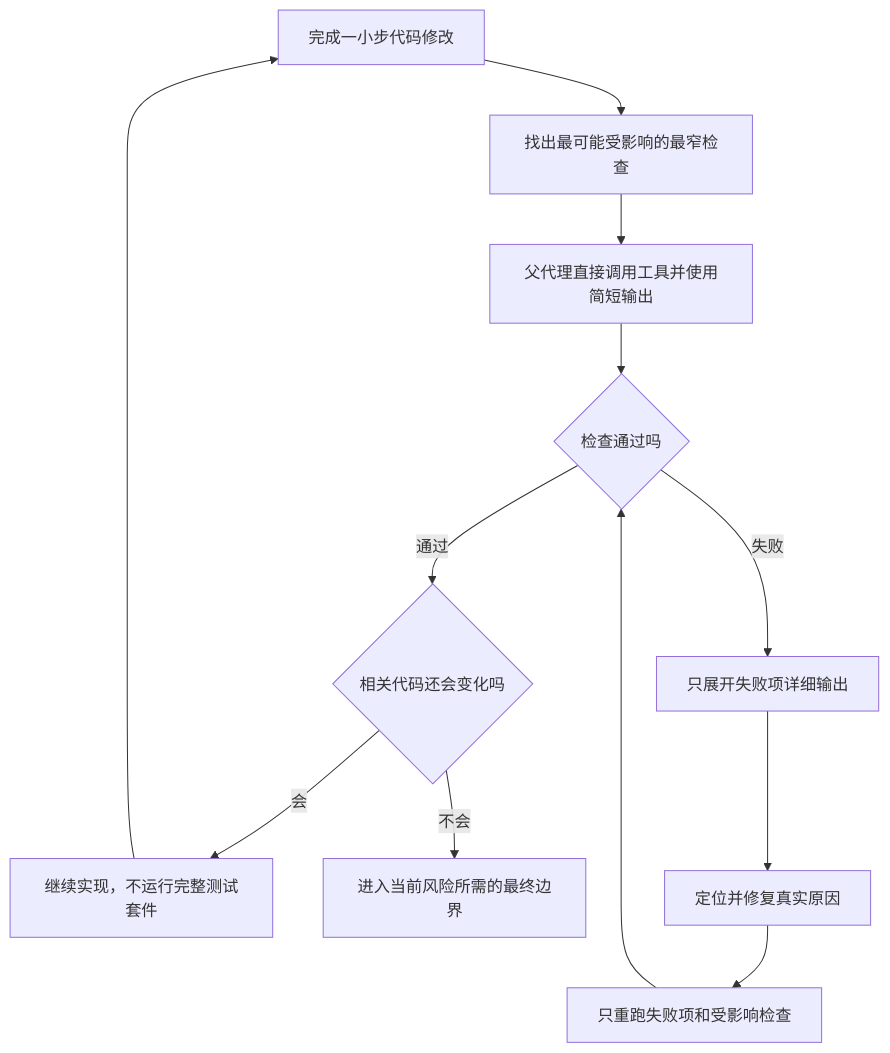
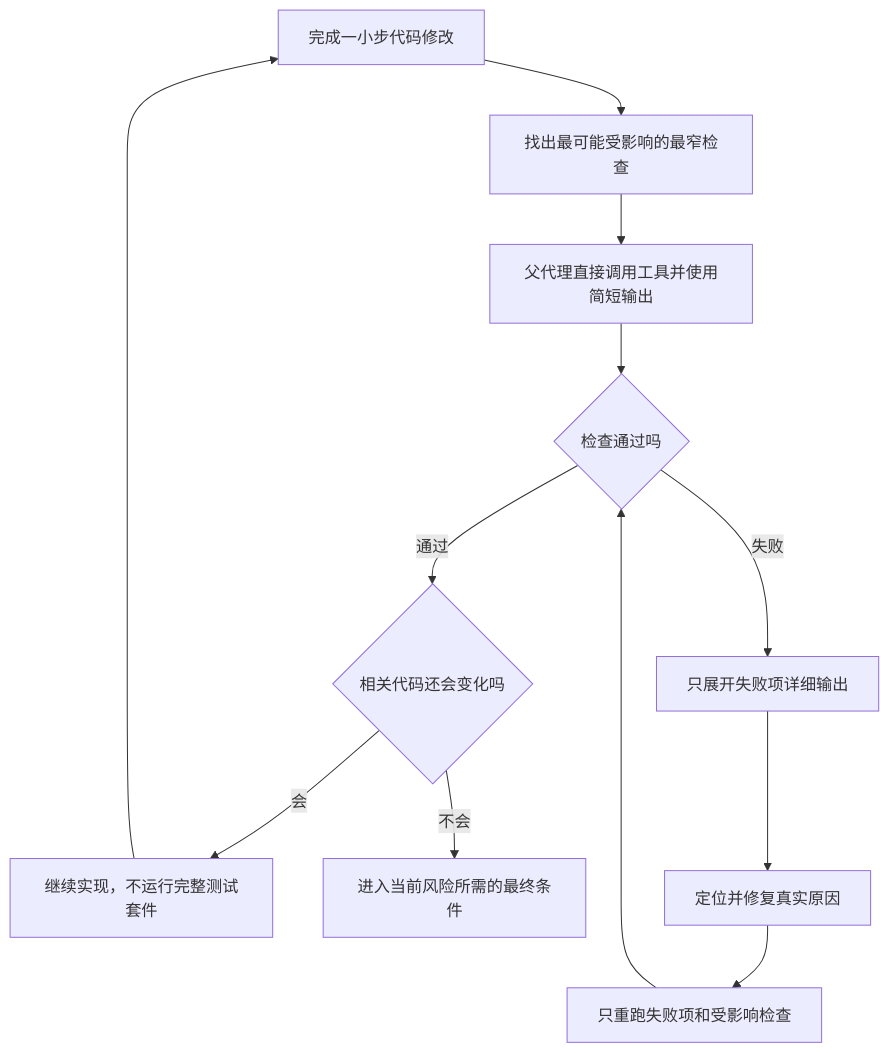
One commit to Lang45/codex-lean-stack changed the seventh of 13 diagrams in skills/lean-stack/references/flowcharts-zh.md. Above: the diagram before and after it, drawn with Mermaid. The commit also changed other lines of this file and 24 other files, not shown here.

````diff
--- a/skills/lean-stack/references/flowcharts-zh.md
+++ b/skills/lean-stack/references/flowcharts-zh.md
@@ -499,14 +502,14 @@
 ```mermaid
 flowchart TD
     A[完成一小步代码修改] --> B[找出最可能受影响的最窄检查]
     B --> C[父代理直接调用工具并使用简短输出]
     C --> D{检查通过吗}
     D -->|通过| E{相关代码还会变化吗}
     E -->|会| F[继续实现，不运行完整测试套件]
     F --> A
-    E -->|不会| G[进入当前风险所需的最终边界]
+    E -->|不会| G[进入当前风险所需的最终条件]
     D -->|失败| H[只展开失败项详细输出]
     H --> I[定位并修复真实原因]
     I --> J[只重跑失败项和受影响检查]
     J --> D
 ```
````
